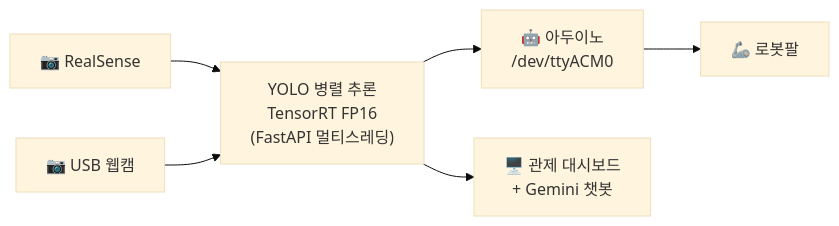
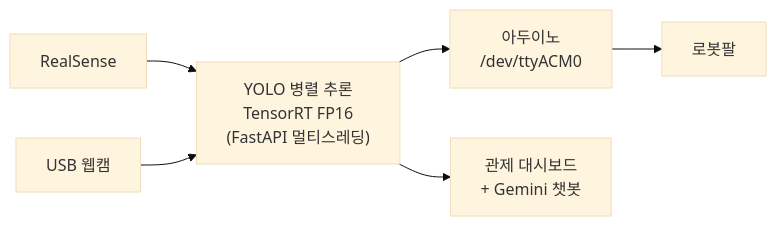
One commit to kakabab12/My_portfolio changed the diagram in 2026/03. 캡스톤 - 스마트팩토리 비전검사/README.md. Above: the diagram before and after it, drawn with Mermaid (base theme). The commit also changed other lines of this file and 13 other files, not shown here.

````diff
--- a/2026/03. 캡스톤 - 스마트팩토리 비전검사/README.md
+++ b/2026/03. 캡스톤 - 스마트팩토리 비전검사/README.md
@@ -20,8 +20,8 @@
 ```mermaid
 flowchart LR
-    C1["📷 RealSense"] --> Y["YOLO 병렬 추론<br/>TensorRT FP16<br/>(FastAPI 멀티스레딩)"]
-    C2["📷 USB 웹캠"] --> Y
-    Y --> A["🤖 아두이노<br/>/dev/ttyACM0"]
-    A --> R["🦾 로봇팔"]
-    Y --> W["🖥️ 관제 대시보드<br/>+ Gemini 챗봇"]
+    C1["RealSense"] --> Y["YOLO 병렬 추론<br/>TensorRT FP16<br/>(FastAPI 멀티스레딩)"]
+    C2["USB 웹캠"] --> Y
+    Y --> A["아두이노<br/>/dev/ttyACM0"]
+    A --> R["로봇팔"]
+    Y --> W["관제 대시보드<br/>+ Gemini 챗봇"]
 ```
````
